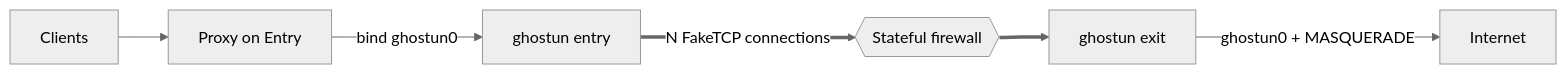
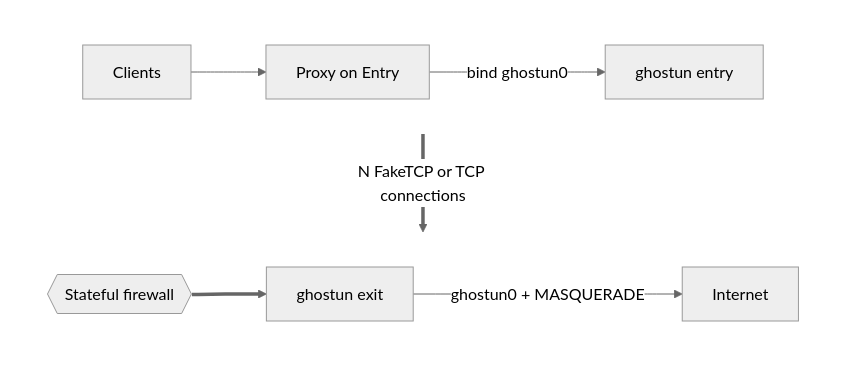
One commit to huihuimoe/ghostun changed the diagram in README.md. Above: the diagram before and after it, drawn with Mermaid (neutral theme). The commit also changed other lines of this file and 23 other files, not shown here.

````diff
--- a/README.md
+++ b/README.md
@@ -10,6 +10,14 @@
 ```mermaid
-flowchart LR
-  C[Clients] --> P[Proxy on Entry] -->|bind ghostun0| E[ghostun entry]
-  E ==>|N FakeTCP connections| FW{{Stateful firewall}} ==> X[ghostun exit]
-  X -->|ghostun0 + MASQUERADE| I[Internet]
+flowchart TB
+  subgraph upstream[" "]
+    direction LR
+    C[Clients] --> P[Proxy on Entry] -->|bind ghostun0| E[ghostun entry]
+  end
+  subgraph downstream[" "]
+    direction LR
+    FW{{Stateful firewall}} ==> X[ghostun exit] -->|ghostun0 + MASQUERADE| I[Internet]
+  end
+  upstream ==>|N FakeTCP or TCP connections| downstream
+  style upstream fill:none,stroke:none
+  style downstream fill:none,stroke:none
 ```
````
